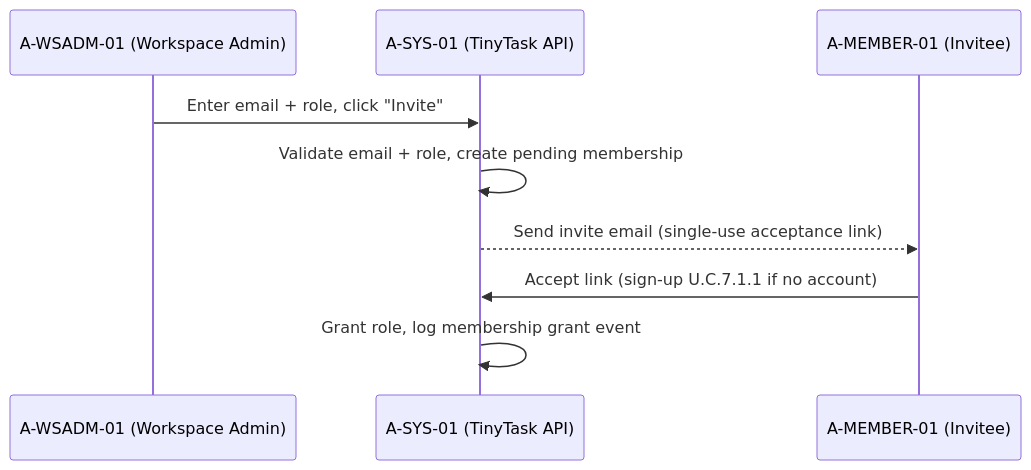
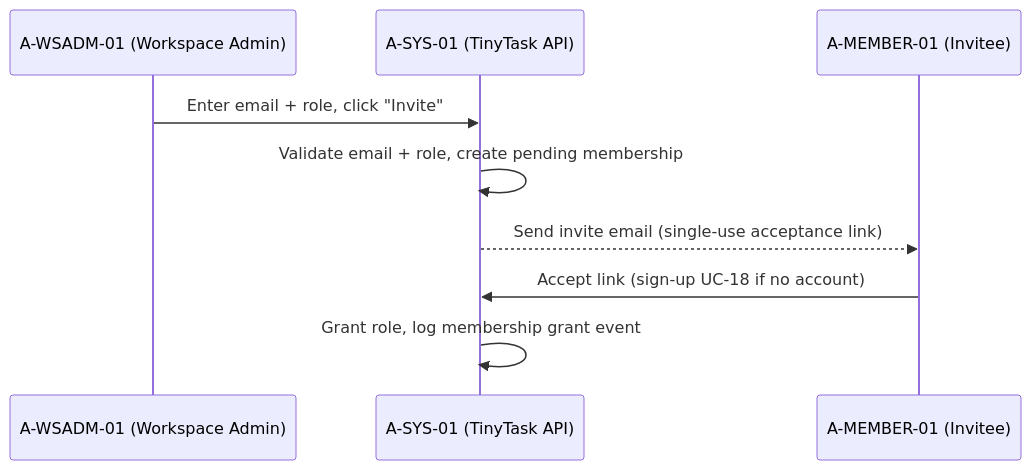
Before and after one commit to pauloribeiro16/Methodology_compact: the fifth of 23 diagrams in 02_CASES/Case_01_TinyTask_SaaS/03_PHASE3_DECOMPOSITION_RICH/annexes/B_Sequence_Diagrams.md, drawn with Mermaid. The commit also changed other lines of this file and 34 other files, not shown here.

Commit message:
[EXECUTOR] F2 RENUMBER Case_01: U.C.x.y.z flattened → UC-01..40 (compliance 01..17 + product 18..40), two-phase, 20 files, xlsx+builder regenerated, 11 SVGs re-rendered; gates PASS (verify_rich 0, audit 100%, mermaid 192/192, smoke 16/16)

````diff
--- a/02_CASES/Case_01_TinyTask_SaaS/03_PHASE3_DECOMPOSITION_RICH/annexes/B_Sequence_Diagrams.md
+++ b/02_CASES/Case_01_TinyTask_SaaS/03_PHASE3_DECOMPOSITION_RICH/annexes/B_Sequence_Diagrams.md
@@ -72,11 +73,11 @@
 ```mermaid
 sequenceDiagram
     participant ADM as A-WSADM-01 (Workspace Admin)
     participant SYS as A-SYS-01 (TinyTask API)
     participant INV as A-MEMBER-01 (Invitee)
     ADM->>SYS: Enter email + role, click "Invite"
     SYS->>SYS: Validate email + role, create pending membership
     SYS-->>INV: Send invite email (single-use acceptance link)
-    INV->>SYS: Accept link (sign-up U.C.7.1.1 if no account)
+    INV->>SYS: Accept link (sign-up UC-18 if no account)
     SYS->>SYS: Grant role, log membership grant event
 ```
````
